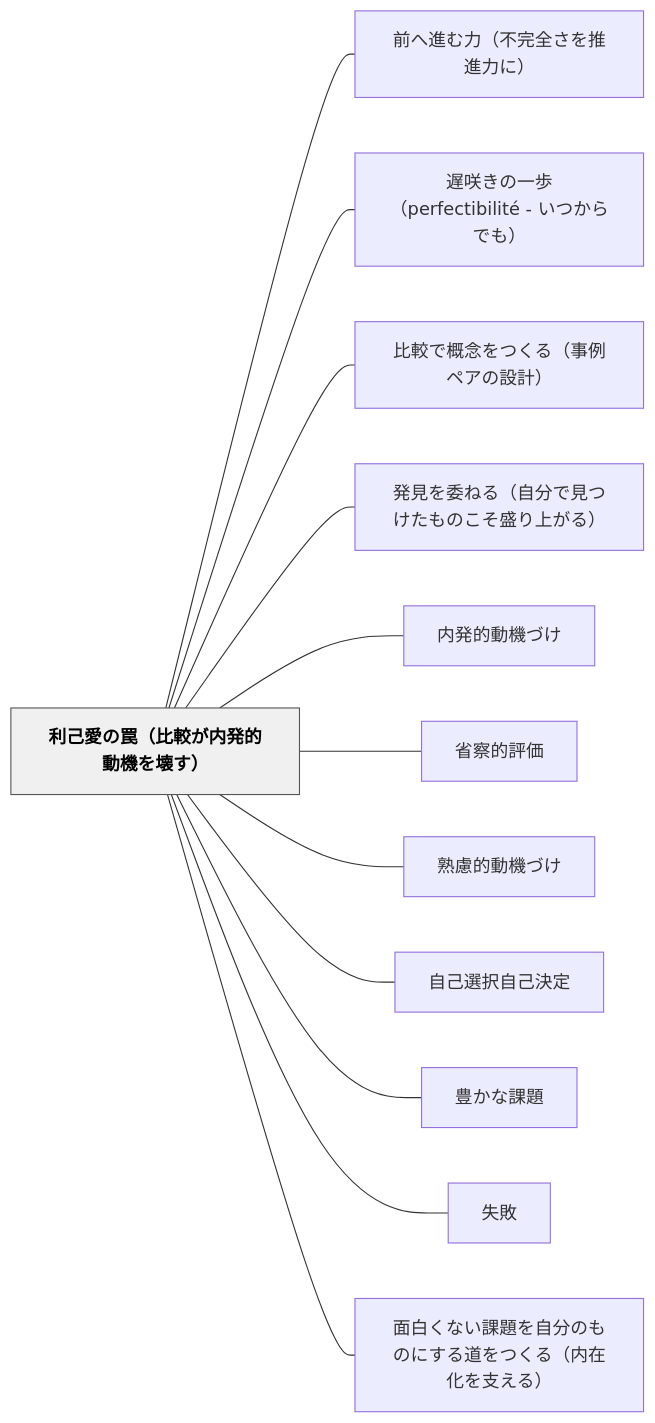
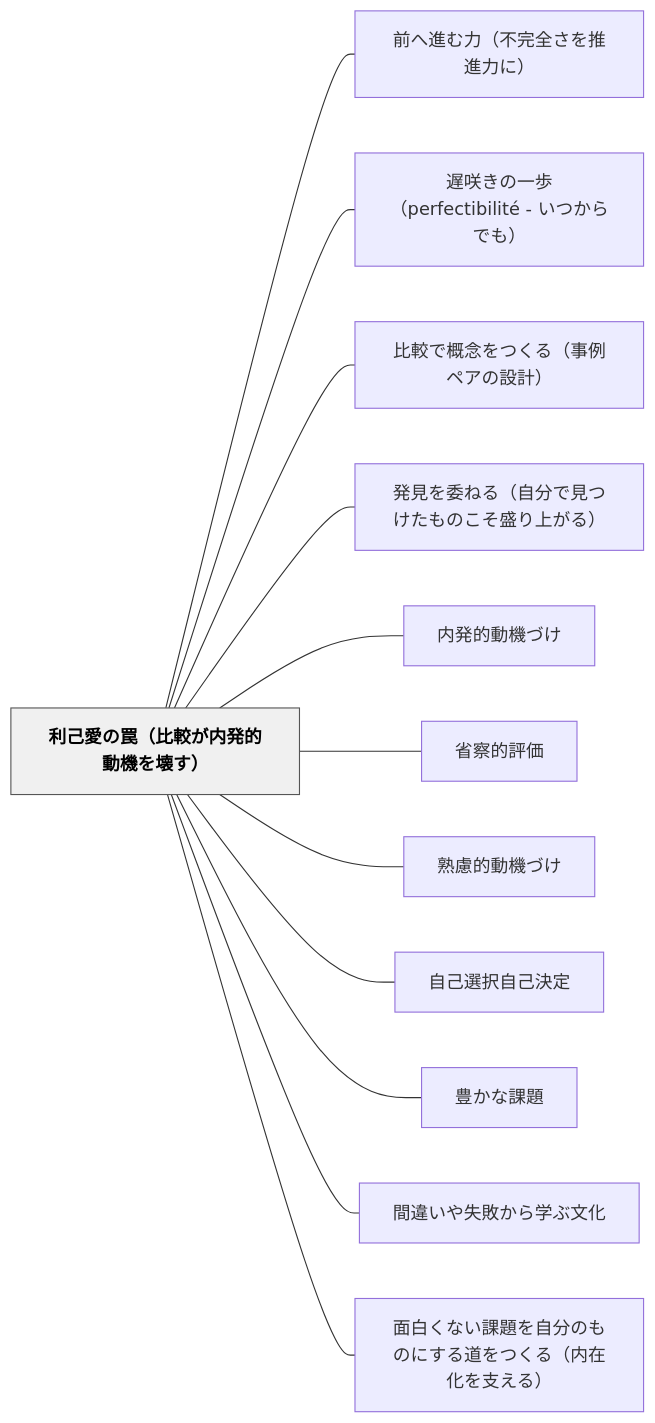
One commit to unknownthings-ed-patterns/unknownthings-ed-patterns changed the diagram in content/パタン/利己愛の罠（比較が内発的動機を壊す）.md. Above: the diagram before and after it, drawn with Mermaid. The commit also changed other lines of this file and 32 other files, not shown here.

````diff
--- a/content/パタン/利己愛の罠（比較が内発的動機を壊す）.md
+++ b/content/パタン/利己愛の罠（比較が内発的動機を壊す）.md
@@ -102,30 +102,30 @@
 ```mermaid
 flowchart LR
     ne588a9e5b7b1e6849be381aee7bda0efbc88e6af94e8bc83e3818ce58685e799bae79a84e58b95e6a99fe38292e5a38ae38199efbc89["利己愛の罠（比較が内発的動機を壊す）"]
     ne5898de381b8e980b2e38280e58a9befbc88e4b88de5ae8ce585a8e38195e38292e68ea8e980b2e58a9be381abefbc89["前へ進む力（不完全さを推進力に）"]
     ne98185e592b2e3818de381aee4b880e6ada9efbc88706572666563746962696c6974c3a9202d20e38184e381a4e3818be38289e381a7e38282efbc89["遅咲きの一歩（perfectibilité - いつからでも）"]
     ne6af94e8bc83e381a7e6a682e5bfb5e38292e381a4e3818fe3828befbc88e4ba8be4be8be3839ae382a2e381aee8a8ade8a888efbc89["比較で概念をつくる（事例ペアの設計）"]
     ne799bae8a68be38292e5a794e381ade3828befbc88e887aae58886e381a7e8a68be381a4e38191e3819fe38282e381aee38193e3819de79b9be3828ae4b88ae3818ce3828befbc89["発見を委ねる（自分で見つけたものこそ盛り上がる）"]
     ne58685e799bae79a84e58b95e6a99fe381a5e38191["内発的動機づけ"]
     ne79c81e5af9fe79a84e8a995e4bea1["省察的評価"]
     ne7869fe685aee79a84e58b95e6a99fe381a5e38191["熟慮的動機づけ"]
     ne887aae5b7b1e981b8e68a9ee887aae5b7b1e6b1bae5ae9a["自己選択自己決定"]
     ne8b18ae3818be381aae8aab2e9a18c["豊かな課題"]
-    ne5a4b1e69597["失敗"]
+    ne99693e98195e38184e38284e5a4b1e69597e3818be38289e5ada6e381b6e69687e58c96["間違いや失敗から学ぶ文化"]
     ne99da2e799bde3818fe381aae38184e8aab2e9a18ce38292e887aae58886e381aee38282e381aee381abe38199e3828be98193e38292e381a4e3818fe3828befbc88e58685e59ca8e58c96e38292e694afe38188e3828befbc89["面白くない課題を自分のものにする道をつくる（内在化を支える）"]
 
     ne588a9e5b7b1e6849be381aee7bda0efbc88e6af94e8bc83e3818ce58685e799bae79a84e58b95e6a99fe38292e5a38ae38199efbc89 --- ne5898de381b8e980b2e38280e58a9befbc88e4b88de5ae8ce585a8e38195e38292e68ea8e980b2e58a9be381abefbc89
     ne588a9e5b7b1e6849be381aee7bda0efbc88e6af94e8bc83e3818ce58685e799bae79a84e58b95e6a99fe38292e5a38ae38199efbc89 --- ne98185e592b2e3818de381aee4b880e6ada9efbc88706572666563746962696c6974c3a9202d20e38184e381a4e3818be38289e381a7e38282efbc89
     ne588a9e5b7b1e6849be381aee7bda0efbc88e6af94e8bc83e3818ce58685e799bae79a84e58b95e6a99fe38292e5a38ae38199efbc89 --- ne6af94e8bc83e381a7e6a682e5bfb5e38292e381a4e3818fe3828befbc88e4ba8be4be8be3839ae382a2e381aee8a8ade8a888efbc89
     ne588a9e5b7b1e6849be381aee7bda0efbc88e6af94e8bc83e3818ce58685e799bae79a84e58b95e6a99fe38292e5a38ae38199efbc89 --- ne799bae8a68be38292e5a794e381ade3828befbc88e887aae58886e381a7e8a68be381a4e38191e3819fe38282e381aee38193e3819de79b9be3828ae4b88ae3818ce3828befbc89
     ne588a9e5b7b1e6849be381aee7bda0efbc88e6af94e8bc83e3818ce58685e799bae79a84e58b95e6a99fe38292e5a38ae38199efbc89 --- ne58685e799bae79a84e58b95e6a99fe381a5e38191
     ne588a9e5b7b1e6849be381aee7bda0efbc88e6af94e8bc83e3818ce58685e799bae79a84e58b95e6a99fe38292e5a38ae38199efbc89 --- ne79c81e5af9fe79a84e8a995e4bea1
     ne588a9e5b7b1e6849be381aee7bda0efbc88e6af94e8bc83e3818ce58685e799bae79a84e58b95e6a99fe38292e5a38ae38199efbc89 --- ne7869fe685aee79a84e58b95e6a99fe381a5e38191
     ne588a9e5b7b1e6849be381aee7bda0efbc88e6af94e8bc83e3818ce58685e799bae79a84e58b95e6a99fe38292e5a38ae38199efbc89 --- ne887aae5b7b1e981b8e68a9ee887aae5b7b1e6b1bae5ae9a
     ne588a9e5b7b1e6849be381aee7bda0efbc88e6af94e8bc83e3818ce58685e799bae79a84e58b95e6a99fe38292e5a38ae38199efbc89 --- ne8b18ae3818be381aae8aab2e9a18c
-    ne588a9e5b7b1e6849be381aee7bda0efbc88e6af94e8bc83e3818ce58685e799bae79a84e58b95e6a99fe38292e5a38ae38199efbc89 --- ne5a4b1e69597
+    ne588a9e5b7b1e6849be381aee7bda0efbc88e6af94e8bc83e3818ce58685e799bae79a84e58b95e6a99fe38292e5a38ae38199efbc89 --- ne99693e98195e38184e38284e5a4b1e69597e3818be38289e5ada6e381b6e69687e58c96
     ne588a9e5b7b1e6849be381aee7bda0efbc88e6af94e8bc83e3818ce58685e799bae79a84e58b95e6a99fe38292e5a38ae38199efbc89 --- ne99da2e799bde3818fe381aae38184e8aab2e9a18ce38292e887aae58886e381aee38282e381aee381abe38199e3828be98193e38292e381a4e3818fe3828befbc88e58685e59ca8e58c96e38292e694afe38188e3828befbc89
 
     classDef hub fill:#f0f0f0,stroke:#555,color:#000,font-weight:bold
     class ne588a9e5b7b1e6849be381aee7bda0efbc88e6af94e8bc83e3818ce58685e799bae79a84e58b95e6a99fe38292e5a38ae38199efbc89 hub
 ```
````
